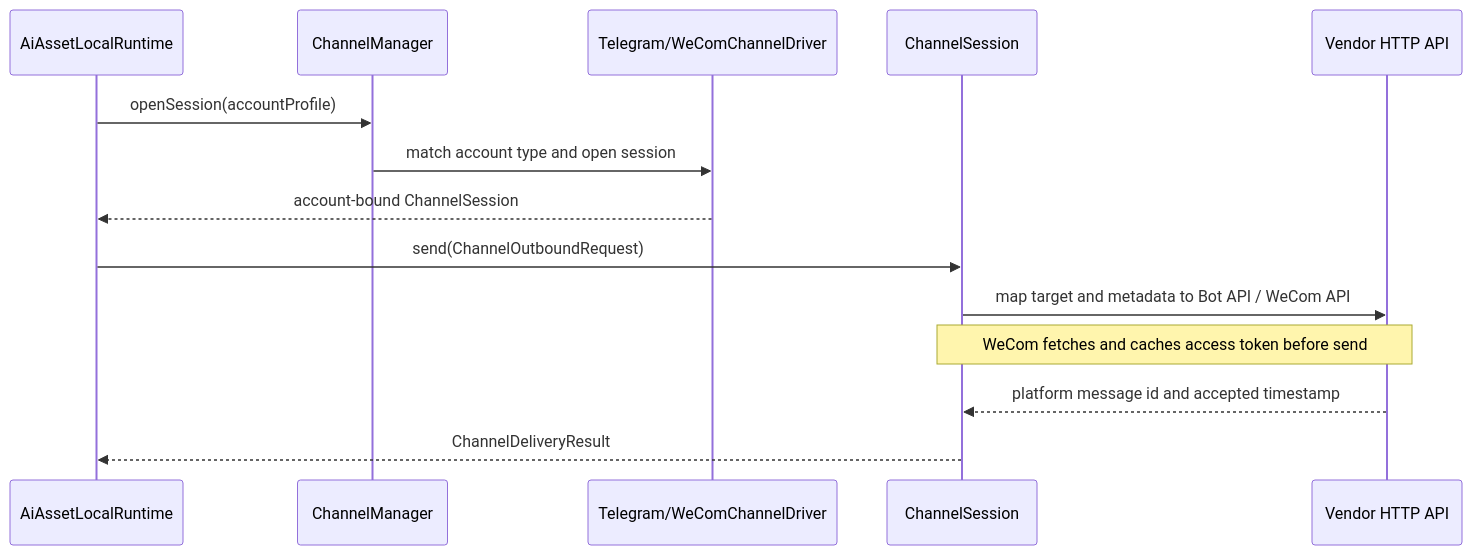
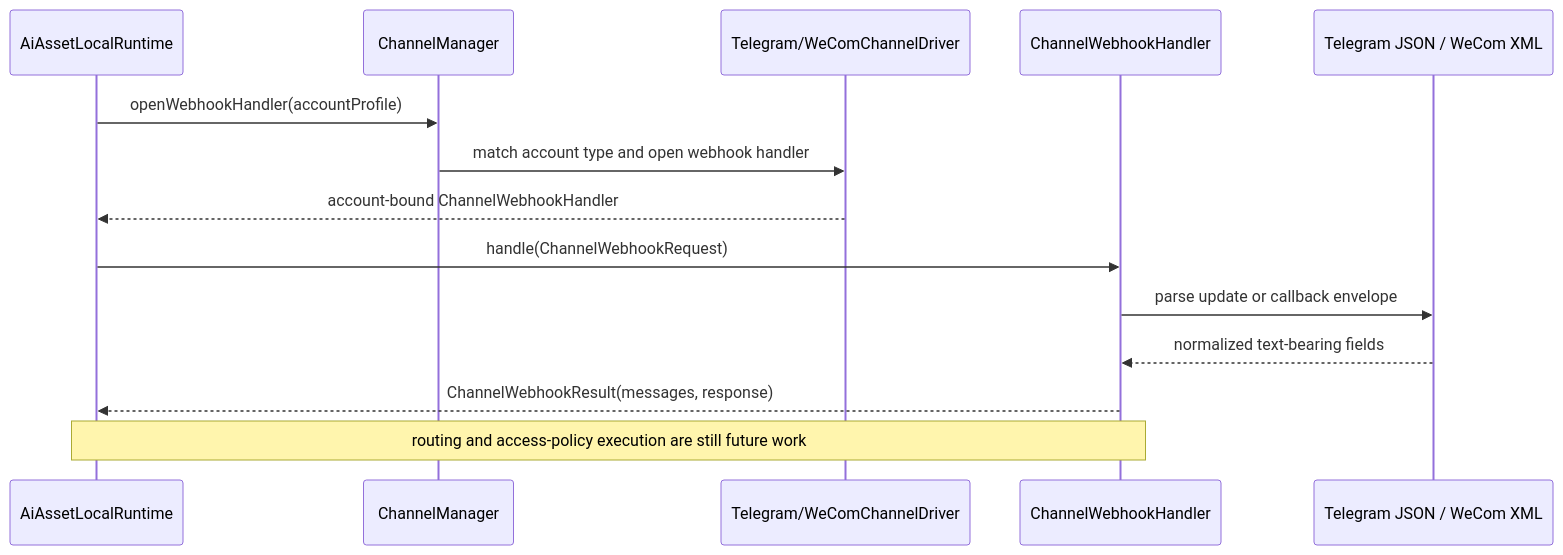
The first of 2 diagrams in docs/tasks/channel-runtime-module.md (xinlangtao/IntentForge), drawn with Mermaid before and after one commit. The commit also changed other lines of this file, not shown here.

Commit message:
docs: close channel inbound task

````diff
--- a/docs/tasks/channel-runtime-module.md
+++ b/docs/tasks/channel-runtime-module.md
@@ -88,16 +90,16 @@
 ```mermaid
 sequenceDiagram
     participant Runtime as AiAssetLocalRuntime
     participant Manager as ChannelManager
     participant Driver as Telegram/WeComChannelDriver
-    participant Session as ChannelSession
-    participant Vendor as Vendor HTTP API
-    Runtime->>Manager: openSession(accountProfile)
-    Manager->>Driver: match account type and open session
-    Driver-->>Runtime: account-bound ChannelSession
-    Runtime->>Session: send(ChannelOutboundRequest)
-    Session->>Vendor: map target and metadata to Bot API / WeCom API
-    Note over Session,Vendor: WeCom fetches and caches access token before send
-    Vendor-->>Session: platform message id and accepted timestamp
-    Session-->>Runtime: ChannelDeliveryResult
+    participant Handler as ChannelWebhookHandler
+    participant Payload as Telegram JSON / WeCom XML
+    Runtime->>Manager: openWebhookHandler(accountProfile)
+    Manager->>Driver: match account type and open webhook handler
+    Driver-->>Runtime: account-bound ChannelWebhookHandler
+    Runtime->>Handler: handle(ChannelWebhookRequest)
+    Handler->>Payload: parse update or callback envelope
+    Payload-->>Handler: normalized text-bearing fields
+    Handler-->>Runtime: ChannelWebhookResult(messages, response)
+    Note over Handler,Runtime: routing and access-policy execution are still future work
 ```
````
